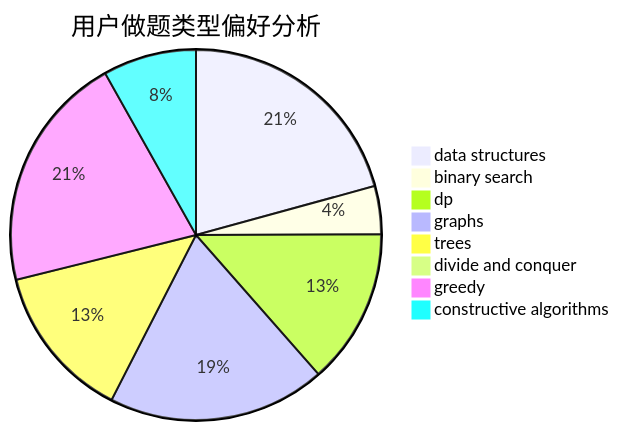
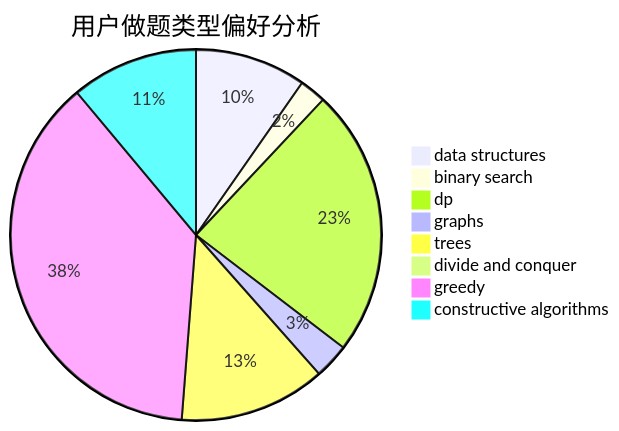
Before and after one commit to sherpahu/cfrs.github.io: the second of 3 diagrams in docs/user/u871.md, drawn with Mermaid. The commit also changed other lines of this file and 2770 other files, not shown here.

````diff
--- a/docs/user/u871.md
+++ b/docs/user/u871.md
@@ -23,11 +23,11 @@
 ```mermaid
 pie title 用户做题类型偏好分析
-    "data structures" :  84
-    "binary search" :  17
-    "dp" :  55
-    "graphs" :  77
-    "trees" :  55
-    "divide and conquer" :  3
-    "greedy" :  84
-    "constructive algorithms" :  33
+    "data structures" :  63
+    "binary search" :  15
+    "dp" :  152
+    "graphs" :  20
+    "trees" :  83
+    "divide and conquer" :  0
+    "greedy" :  245
+    "constructive algorithms" :  72
 ```
````
